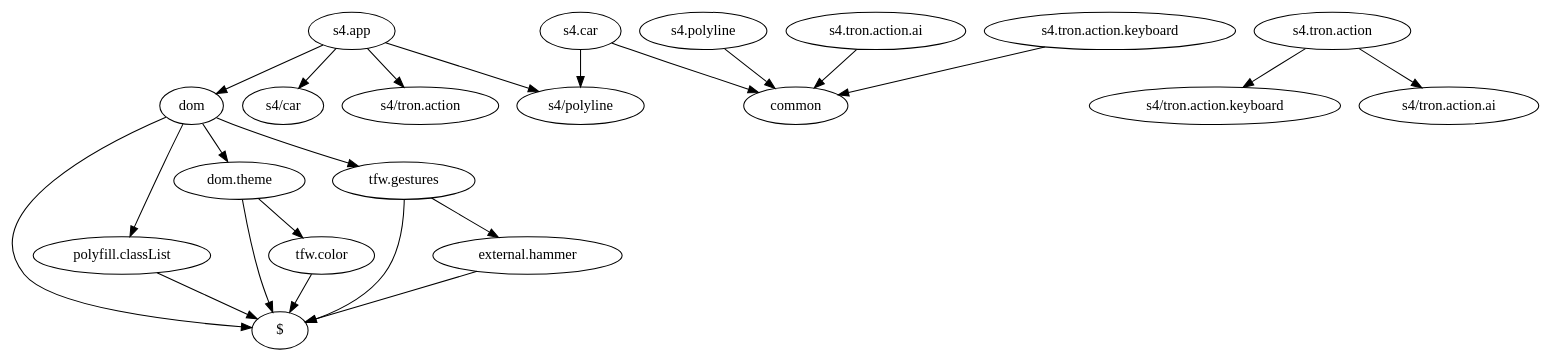
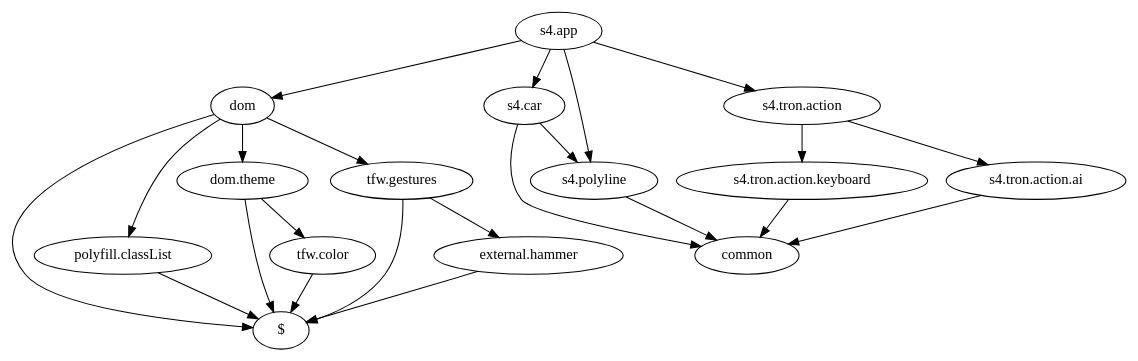
The diagram in doc/s4.html.dot (tolokoban/game-tron), drawn with Graphviz before and after one commit. The commit also changed 4 other files, not shown here.

```diff
--- a/doc/s4.html.dot
+++ b/doc/s4.html.dot
@@ -1,35 +1,35 @@
 digraph dependencies {
     "s4.app" -> "dom"
 
-    "s4.app" -> "s4/car"
+    "s4.app" -> "s4.car"
 
-    "s4.app" -> "s4/tron.action"
+    "s4.app" -> "s4.tron.action"
 
-    "s4.app" -> "s4/polyline"
+    "s4.app" -> "s4.polyline"
     "s4.polyline" -> "common"
-    "s4.tron.action" -> "s4/tron.action.keyboard"
+    "s4.tron.action" -> "s4.tron.action.keyboard"
 
-    "s4.tron.action" -> "s4/tron.action.ai"
+    "s4.tron.action" -> "s4.tron.action.ai"
     "s4.tron.action.ai" -> "common"
     "s4.tron.action.keyboard" -> "common"
-    "s4.car" -> "s4/polyline"
+    "s4.car" -> "s4.polyline"
 
     "s4.car" -> "common"
     "dom" -> "$"
 
     "dom" -> "polyfill.classList"
 
     "dom" -> "dom.theme"
 
     "dom" -> "tfw.gestures"
     "tfw.gestures" -> "$"
 
     "tfw.gestures" -> "external.hammer"
     "external.hammer" -> "$"
     "dom.theme" -> "$"
 
     "dom.theme" -> "tfw.color"
     "tfw.color" -> "$"
     "polyfill.classList" -> "$"
 
 }
```
